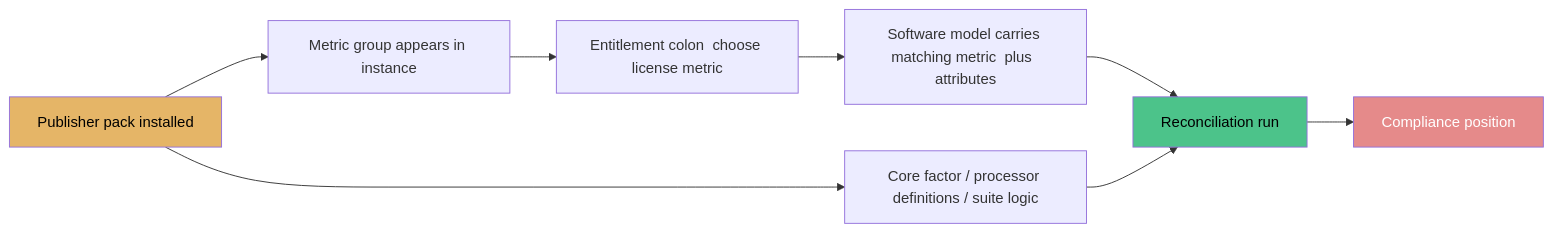
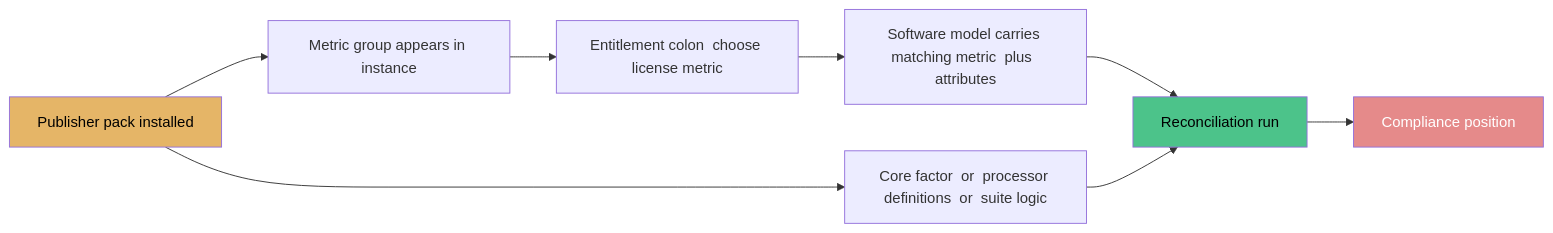
Before and after one commit to eltonaguiar/ServiceNow_Learning_TSOM-_CSM_FSM_SalesCRM_HAM_ITSM: the third of 8 diagrams in docs/modules/sam/sam-guide.md, drawn with Mermaid. The commit also changed other lines of this file and 19 other files, not shown here.

First line of the commit message:
Fix Mermaid diagram syntax errors - replace problematic chars in text content only

````diff
--- a/docs/modules/sam/sam-guide.md
+++ b/docs/modules/sam/sam-guide.md
@@ -309,13 +309,13 @@
 ```mermaid
 flowchart LR
     PACK[Publisher pack installed] --> MG[Metric group appears in instance]
     MG --> ENT[Entitlement colon  choose license metric]
     ENT --> MODEL[Software model carries matching metric  plus  attributes]
-    PACK --> RULES[Core factor / processor definitions / suite logic]
+    PACK --> RULES[Core factor  or  processor definitions  or  suite logic]
     MODEL --> RECON[Reconciliation run]
     RULES --> RECON
     RECON --> POS[Compliance position]
     style PACK fill:#e5b567,color:#000
     style RECON fill:#4cc38a,color:#000
     style POS fill:#e58a8a,color:#fff
 ```
````
